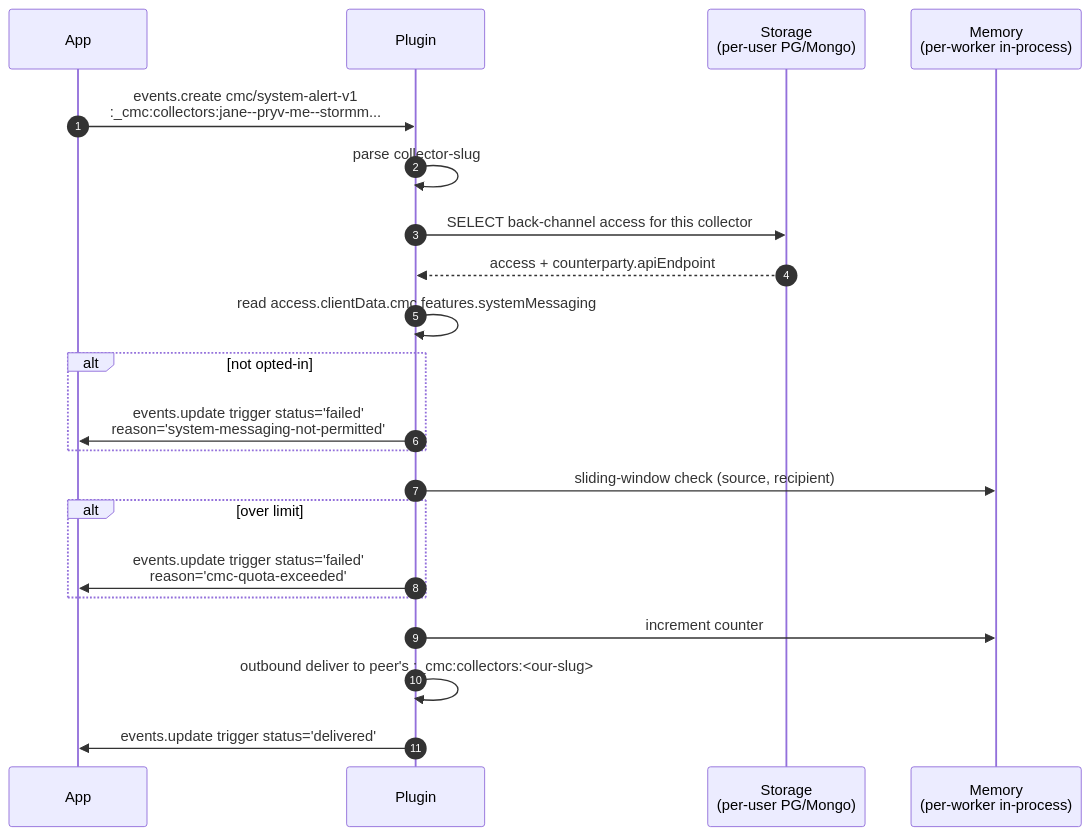
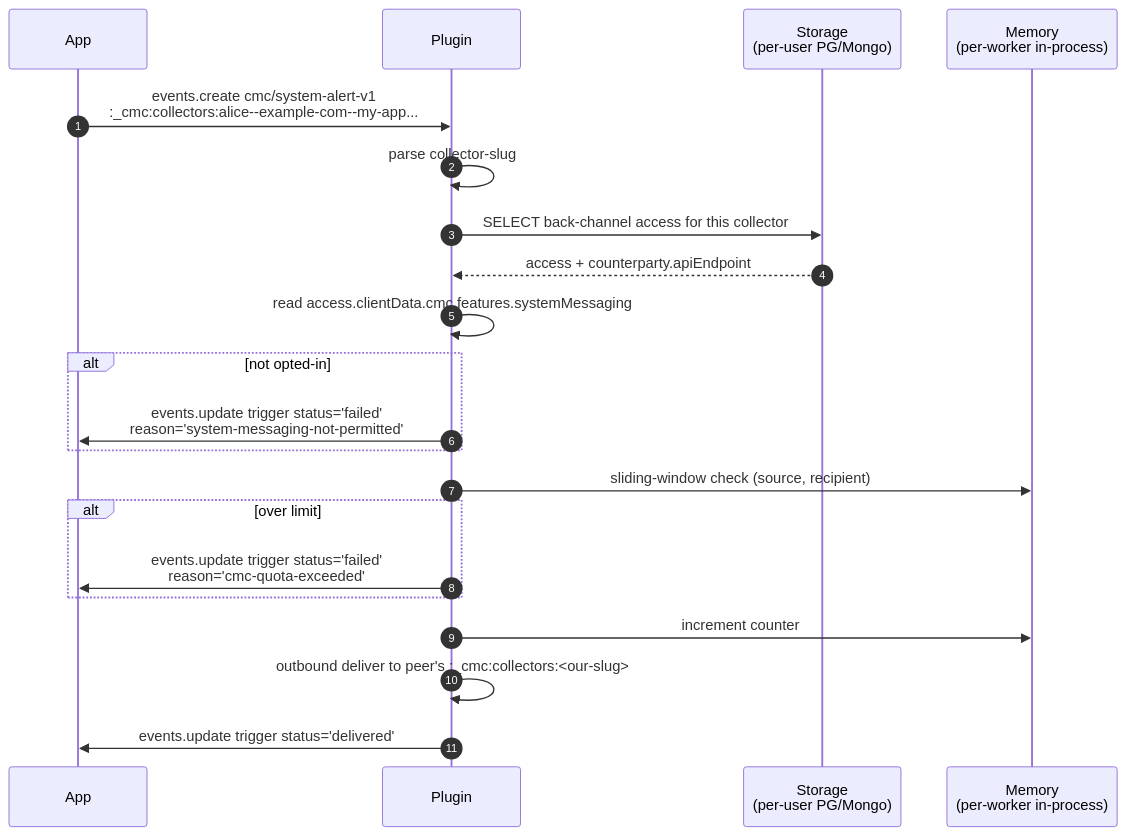
The seventh of 14 diagrams in components/cmc/INTERNALS.md (pryv/open-pryv.io), drawn with Mermaid before and after one commit. The commit also changed other lines of this file and 20 other files, not shown here.

````diff
--- a/components/cmc/INTERNALS.md
+++ b/components/cmc/INTERNALS.md
@@ -321,24 +321,24 @@
 ```mermaid
 sequenceDiagram
     autonumber
     participant App
     participant Plugin
     participant Storage as Storage<br/>(per-user PG/Mongo)
     participant Memory as Memory<br/>(per-worker in-process)
 
-    App->>Plugin: events.create cmc/system-alert-v1<br/>:_cmc:collectors:jane--pryv-me--stormm...
+    App->>Plugin: events.create cmc/system-alert-v1<br/>:_cmc:collectors:alice--example-com--my-app...
     Plugin->>Plugin: parse collector-slug
     Plugin->>Storage: SELECT back-channel access for this collector
     Storage-->>Plugin: access + counterparty.apiEndpoint
     Plugin->>Plugin: read access.clientData.cmc.features.systemMessaging
     alt not opted-in
         Plugin->>App: events.update trigger status='failed'<br/>reason='system-messaging-not-permitted'
     end
     Plugin->>Memory: sliding-window check (source, recipient)
     alt over limit
         Plugin->>App: events.update trigger status='failed'<br/>reason='cmc-quota-exceeded'
     end
     Plugin->>Memory: increment counter
     Plugin->>Plugin: outbound deliver to peer's :_cmc:collectors:<our-slug>
     Plugin->>App: events.update trigger status='delivered'
 ```
````
